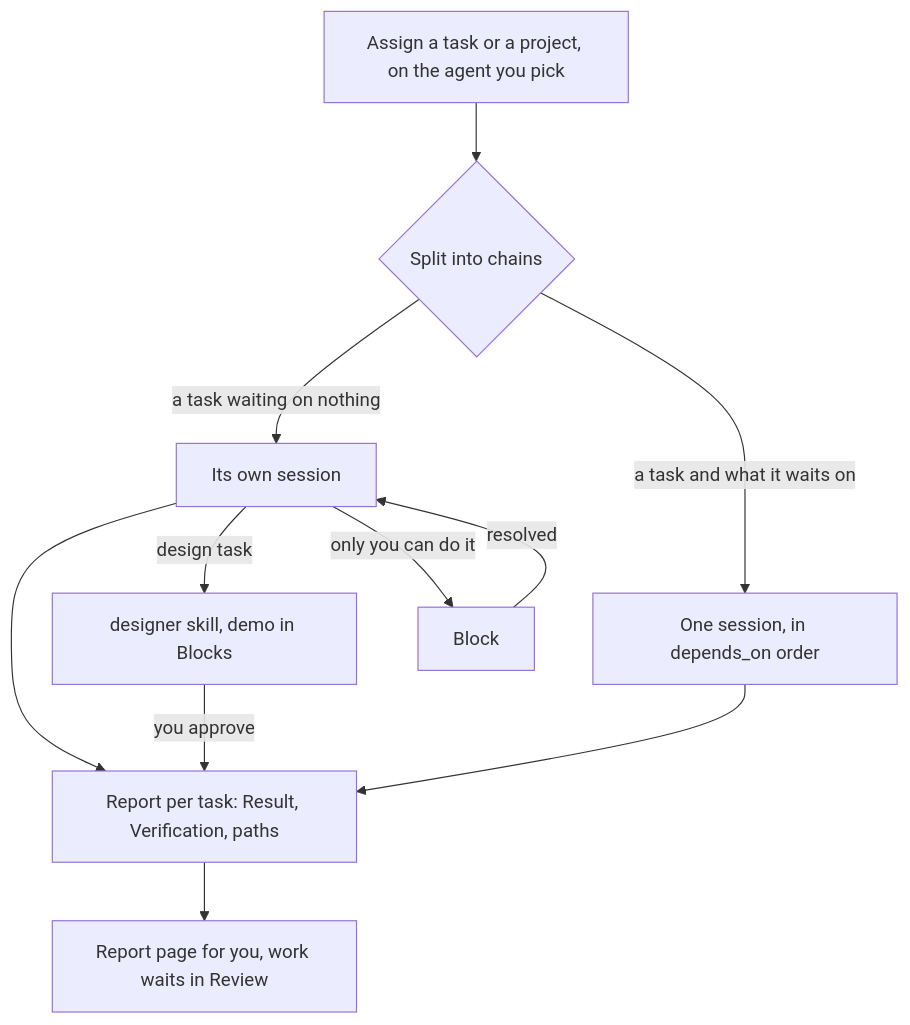
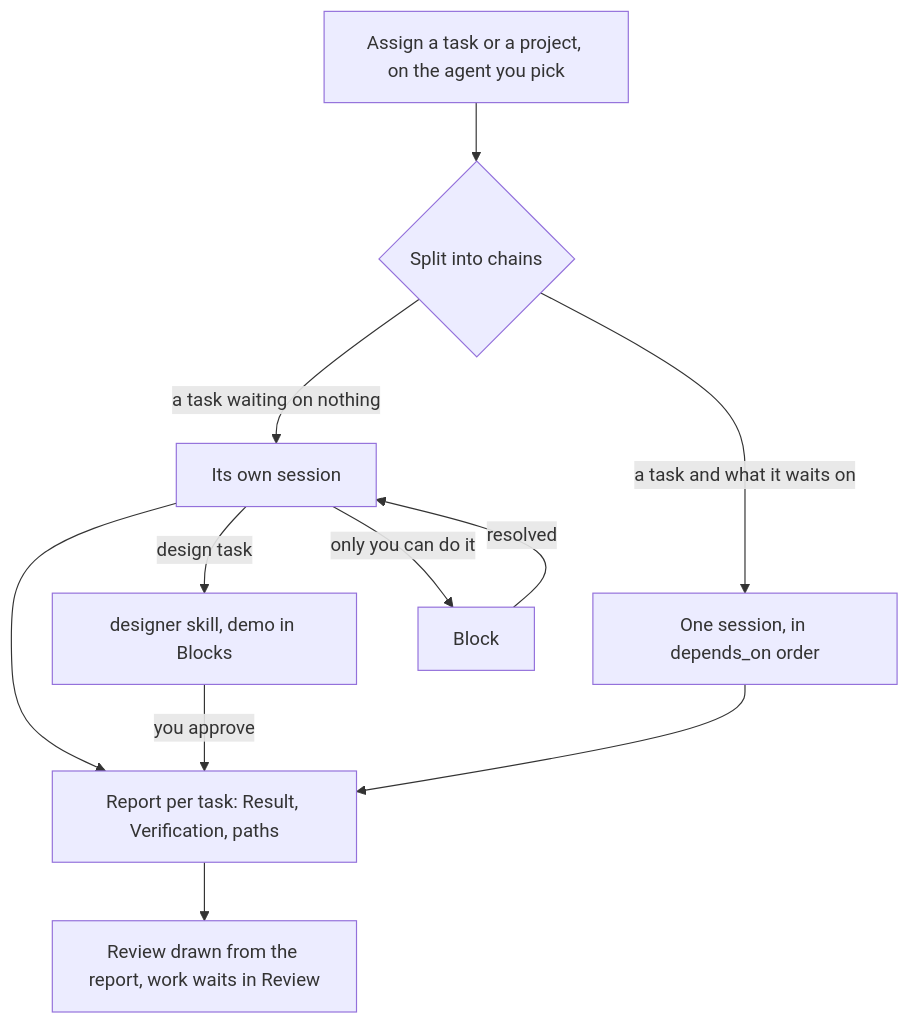
Before and after one commit to jstinhw/yongkang: the diagram in docs/guide/engineering-lead.md, drawn with Mermaid. The commit also changed other lines of this file and 29 other files, not shown here.

````diff
--- a/docs/guide/engineering-lead.md
+++ b/docs/guide/engineering-lead.md
@@ -40,13 +40,13 @@
 ```mermaid
 flowchart TD
     A[Assign a task or a project, on the agent you pick] --> B{Split into chains}
     B -->|a task waiting on nothing| C[Its own session]
     B -->|a task and what it waits on| D[One session, in depends_on order]
     C --> E[Report per task: Result, Verification, paths]
     D --> E
     C -->|design task| F[designer skill, demo in Blocks]
     F -->|you approve| E
     C -->|only you can do it| G[Block]
     G -->|resolved| C
-    E --> H[Report page for you, work waits in Review]
+    E --> H[Review drawn from the report, work waits in Review]
 ```
````
